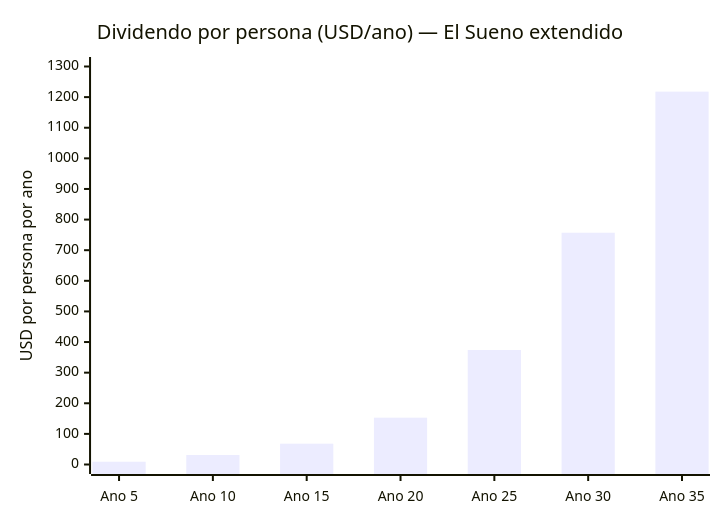
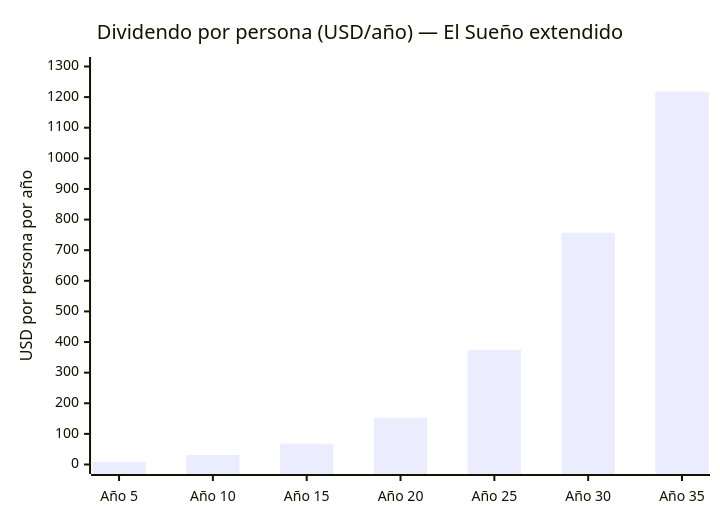
One commit to Venezuela-S-A/venezuela-sa changed the seventh of 10 diagrams in docs/07-ejecucion/el-sueno.md. Above: the diagram before and after it, drawn with Mermaid. The commit also changed other lines of this file and 127 other files, not shown here.

````diff
--- a/docs/07-ejecucion/el-sueno.md
+++ b/docs/07-ejecucion/el-sueno.md
@@ -512,7 +545,7 @@
 ```mermaid
 xychart-beta
-    title "Dividendo por persona (USD/ano) — El Sueno extendido"
-    x-axis ["Ano 5", "Ano 10", "Ano 15", "Ano 20", "Ano 25", "Ano 30", "Ano 35"]
-    y-axis "USD por persona por ano" 0 --> 1300
+    title "Dividendo por persona (USD/año) — El Sueño extendido"
+    x-axis ["Año 5", "Año 10", "Año 15", "Año 20", "Año 25", "Año 30", "Año 35"]
+    y-axis "USD por persona por año" 0 --> 1300
     bar [9, 31, 68, 153, 374, 757, 1218]
 ```
````
